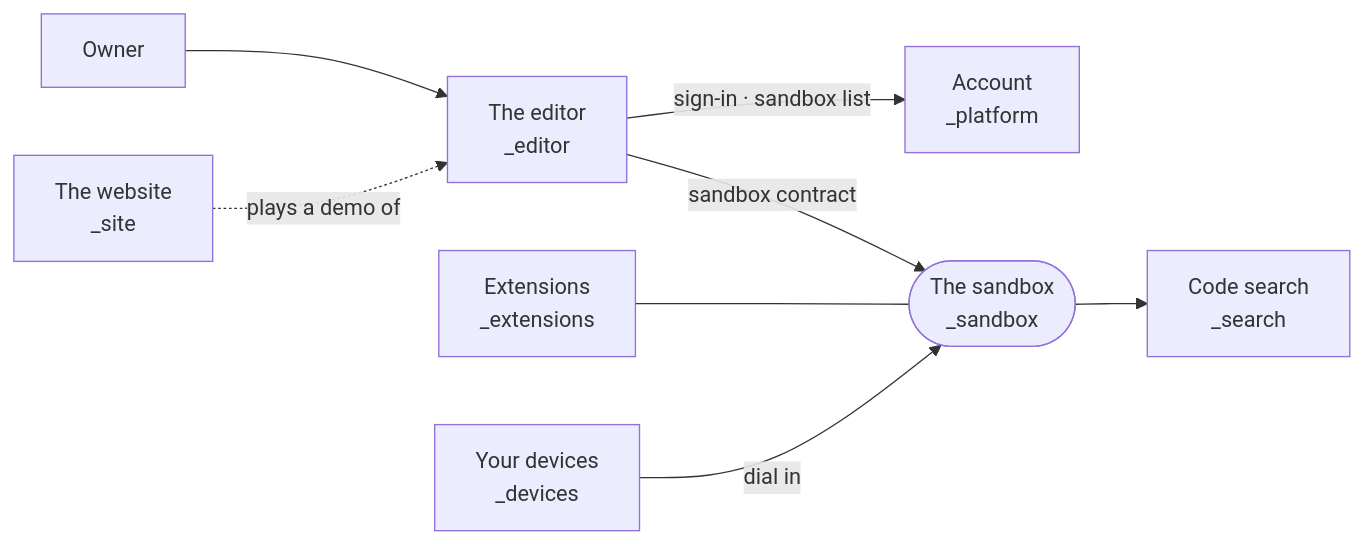
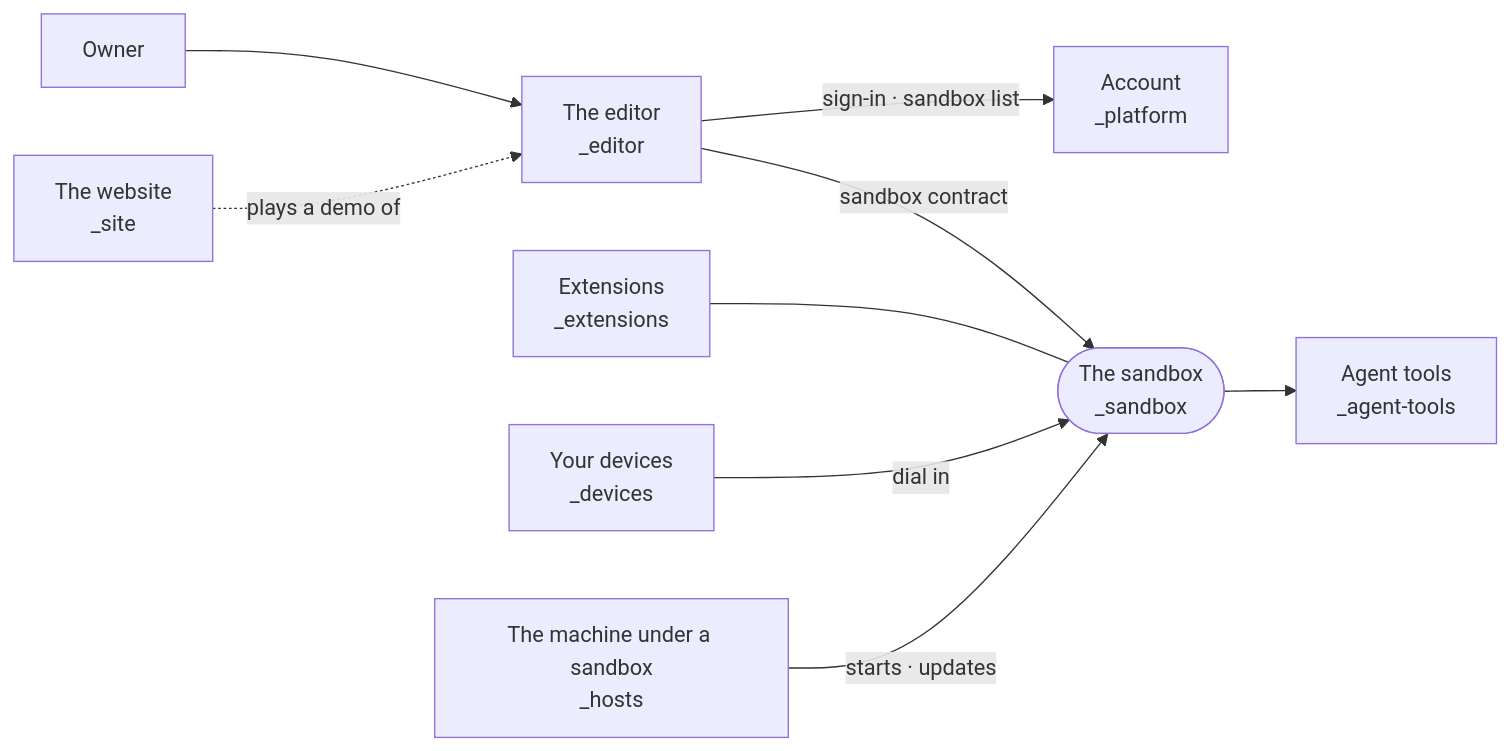
One commit to intentic/intentic changed the first of 3 diagrams in docs/architecture/repo.md. Above: the diagram before and after it, drawn with Mermaid. The commit also changed other lines of this file and 859 other files, not shown here.

First line of the commit message:
refactor: move ic and os-image to _hosts, agent tools to _agent-tools

````diff
--- a/docs/architecture/repo.md
+++ b/docs/architecture/repo.md
@@ -7,10 +7,11 @@
 ```mermaid
 flowchart LR
     owner["Owner"] --> editor["The editor<br/>_editor"]
     editor -->|"sign-in · sandbox list"| platform["Account<br/>_platform"]
     editor -->|"sandbox contract"| sandbox(["The sandbox<br/>_sandbox"])
     extensions["Extensions<br/>_extensions"] --- sandbox
     devices["Your devices<br/>_devices"] -->|"dial in"| sandbox
-    sandbox --> search["Code search<br/>_search"]
+    sandbox --> agenttools["Agent tools<br/>_agent-tools"]
+    hosts["The machine under a sandbox<br/>_hosts"] -->|"starts · updates"| sandbox
     site["The website<br/>_site"] -.->|"plays a demo of"| editor
 ```
````
